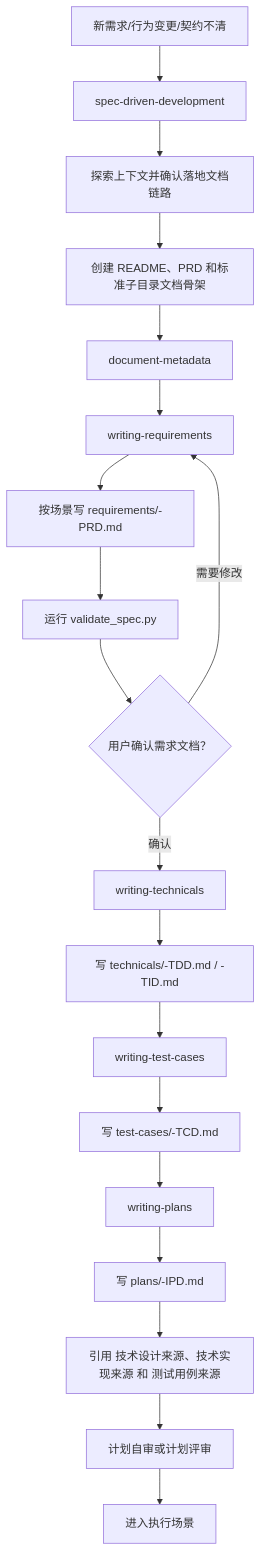
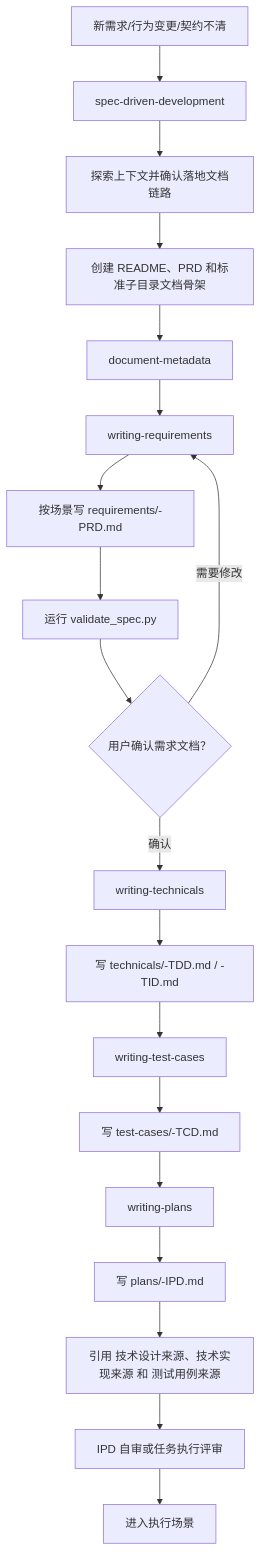
The third of 11 diagrams in docs/workflow-chain.md (Vincen-dev/coding-plugins), drawn with Mermaid before and after one commit. The commit also changed other lines of this file and 31 other files, not shown here.

````diff
--- a/docs/workflow-chain.md
+++ b/docs/workflow-chain.md
@@ -186,21 +186,21 @@
 ```mermaid
 flowchart TD
   A["新需求/行为变更/契约不清"] --> B["spec-driven-development"]
   B --> C["探索上下文并确认落地文档链路"]
   C --> SCAFFOLD["创建 README、PRD 和标准子目录文档骨架"]
   SCAFFOLD --> META["document-metadata"]
   META --> D["writing-requirements"]
   D --> E["按场景写 requirements/<doc-id>-PRD.md"]
   E --> F["运行 validate_spec.py"]
   F --> G{"用户确认需求文档？"}
   G -->|需要修改| D
   G -->|确认| TD["writing-technicals"]
   TD --> H["写 technicals/<doc-id>-TDD.md / <doc-id>-TID.md"]
   H --> TC["writing-test-cases"]
   TC --> I["写 test-cases/<doc-id>-TCD.md"]
   I --> PLAN["writing-plans"]
   PLAN --> J["写 plans/<doc-id>-IPD.md"]
   J --> K["引用 技术设计来源、技术实现来源 和 测试用例来源"]
-  K --> L["计划自审或计划评审"]
+  K --> L["IPD 自审或任务执行评审"]
   L --> M["进入执行场景"]
 ```
````
